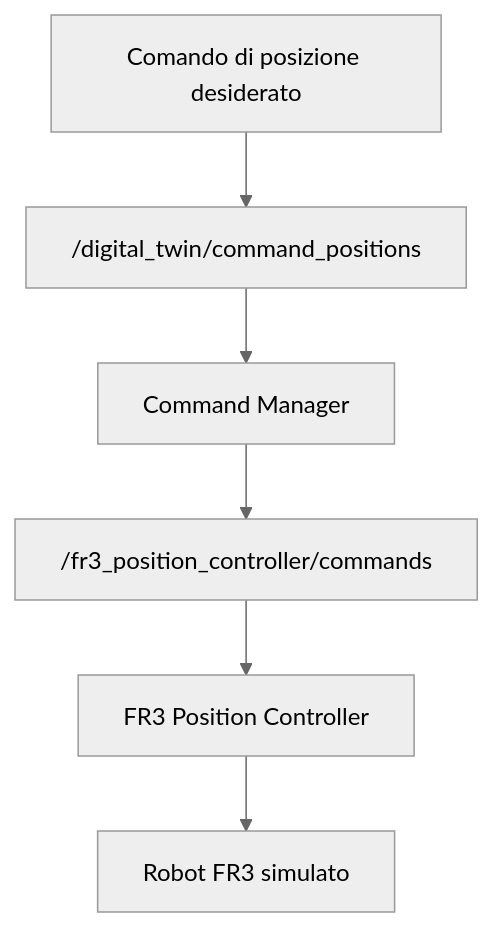
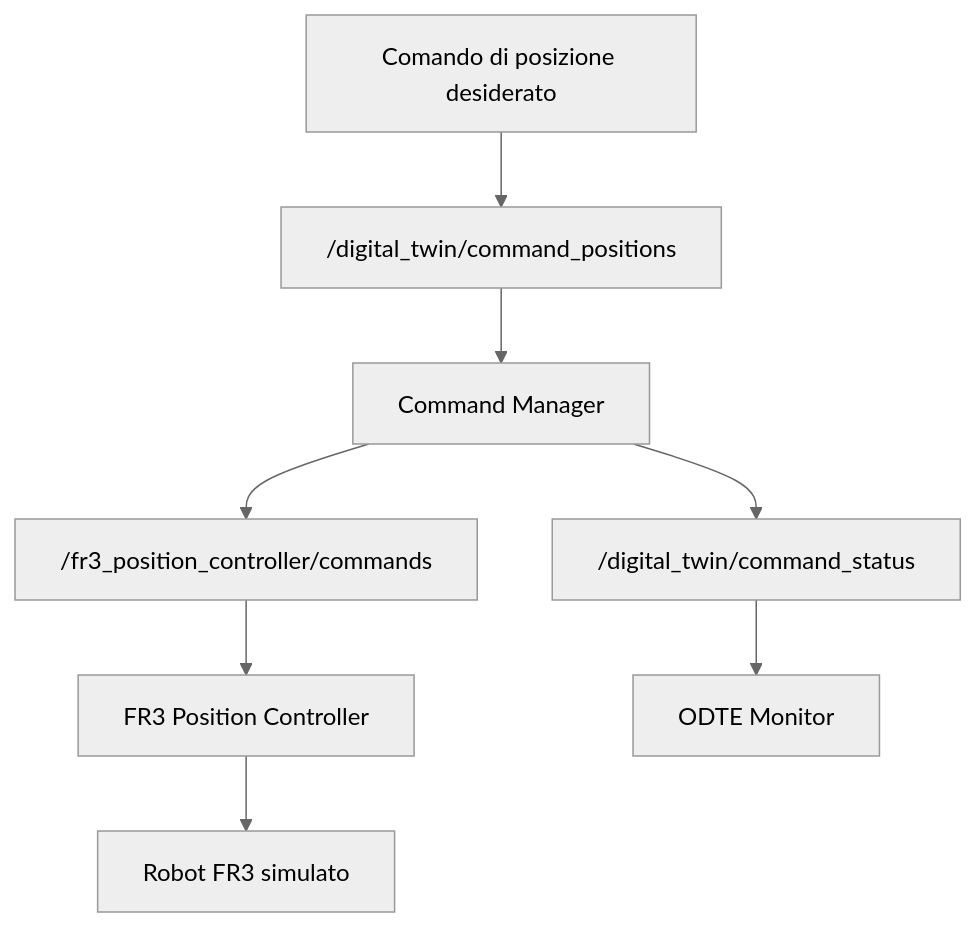
Before and after one commit to chiarabrignani/franka_digital_twin: the second of 4 diagrams in README.md, drawn with Mermaid (neutral theme). The commit also changed other lines of this file and 12 other files, not shown here.

Commit message:
Complete Digital Twin monitoring and ODTE implementation

````diff
--- a/README.md
+++ b/README.md
@@ -216,15 +335,19 @@
 ```mermaid
 flowchart TD
     A["Comando di posizione desiderato"]
     B["/digital_twin/command_positions"]
     C["Command Manager"]
     D["/fr3_position_controller/commands"]
     E["FR3 Position Controller"]
     F["Robot FR3 simulato"]
+    G["/digital_twin/command_status"]
+    H["ODTE Monitor"]
 
     A --> B
     B --> C
     C --> D
     D --> E
     E --> F
+    C --> G
+    G --> H
 ```
````
